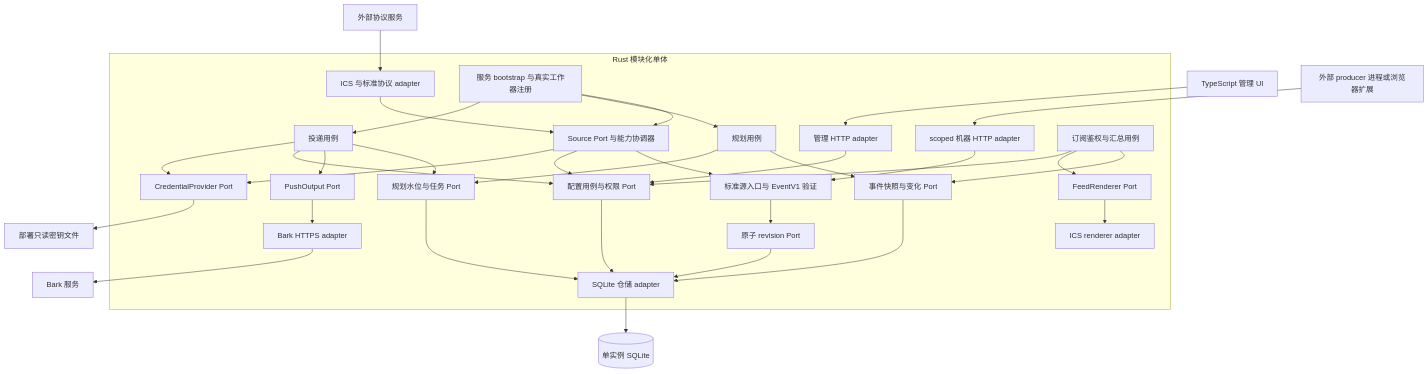
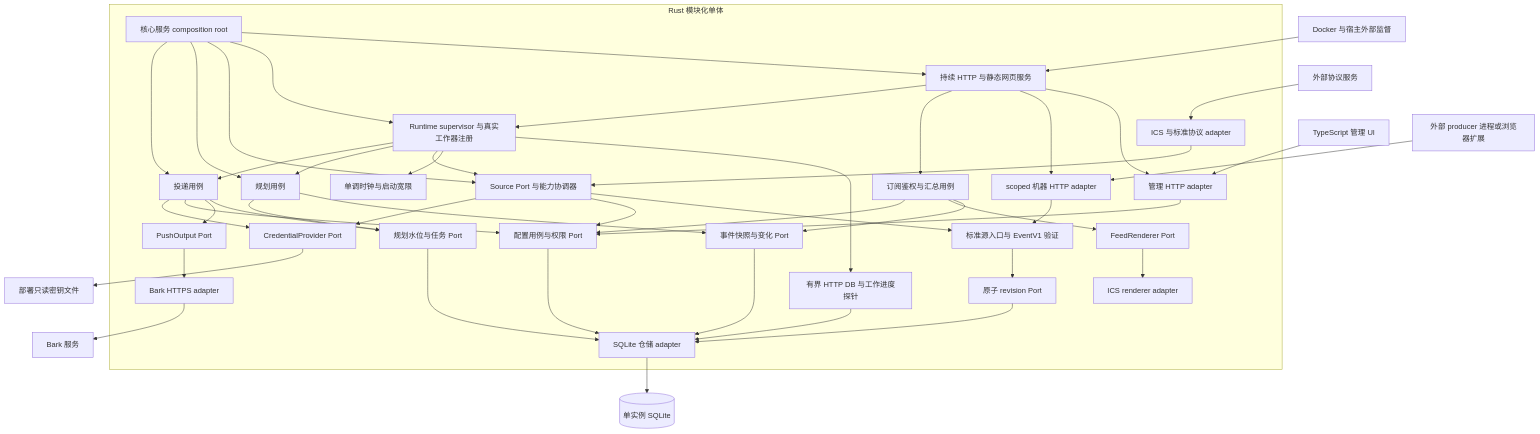
Before and after one commit to freesialuo/CalRelay: the third of 4 diagrams in docs/product-design.md, drawn with Mermaid. The commit also changed other lines of this file and 4 other files, not shown here.

````diff
--- a/docs/product-design.md
+++ b/docs/product-design.md
@@ -70,38 +78,51 @@
 ```mermaid
 flowchart TB
     subgraph Mono[Rust 模块化单体]
         Admin[管理 HTTP adapter] --> Config[配置用例与权限 Port]
         Ingest[scoped 机器 HTTP adapter]
         Protocol[ICS 与标准协议 adapter]
         Ingest --> Validate[标准源入口与 EventV1 验证]
         Protocol --> Source[Source Port 与能力协调器]
         Source --> Validate
         Validate --> Commit[原子 revision Port]
         Planner[规划用例] --> Events[事件快照与变化 Port]
         Planner --> Queue[规划水位与任务 Port]
         Delivery[投递用例] --> Queue
         Delivery --> Push[PushOutput Port]
         Feed[订阅鉴权与汇总用例] --> Events
         Feed --> Render[FeedRenderer Port]
         Config --> Repo[SQLite 仓储 adapter]
         Commit --> Repo
         Events --> Repo
         Queue --> Repo
         Feed --> Config
         Delivery --> Config
         Source --> Config
         Source --> Secrets[CredentialProvider Port]
         Delivery --> Secrets
         Push --> BarkAdapter[Bark HTTPS adapter]
         Render --> IcsAdapter[ICS renderer adapter]
-        Bootstrap[服务 bootstrap 与真实工作器注册] --> Source
+        Bootstrap[核心服务 composition root] --> Http[持续 HTTP 与静态网页服务]
+        Http --> Admin
+        Http --> Ingest
+        Http --> Feed
+        Bootstrap --> Supervisor[Runtime supervisor 与真实工作器注册]
+        Supervisor --> Probe[有界 HTTP DB 与工作进度探针]
+        Supervisor --> Clock[单调时钟与启动宽限]
+        Probe --> Repo
+        Supervisor --> Source
+        Supervisor --> Planner
+        Supervisor --> Delivery
+        Bootstrap --> Source
         Bootstrap --> Planner
         Bootstrap --> Delivery
     end
     UI[TypeScript 管理 UI] --> Admin
     Producer[外部 producer 进程或浏览器扩展] --> Ingest
     Upstream[外部协议服务] --> Protocol
     Repo --> DB[(单实例 SQLite)]
     Secrets --> SecretFile[部署只读密钥文件]
     BarkAdapter --> Bark[Bark 服务]
+    Docker[Docker 与宿主外部监督] --> Http
+    Http --> Supervisor
 ```
````
